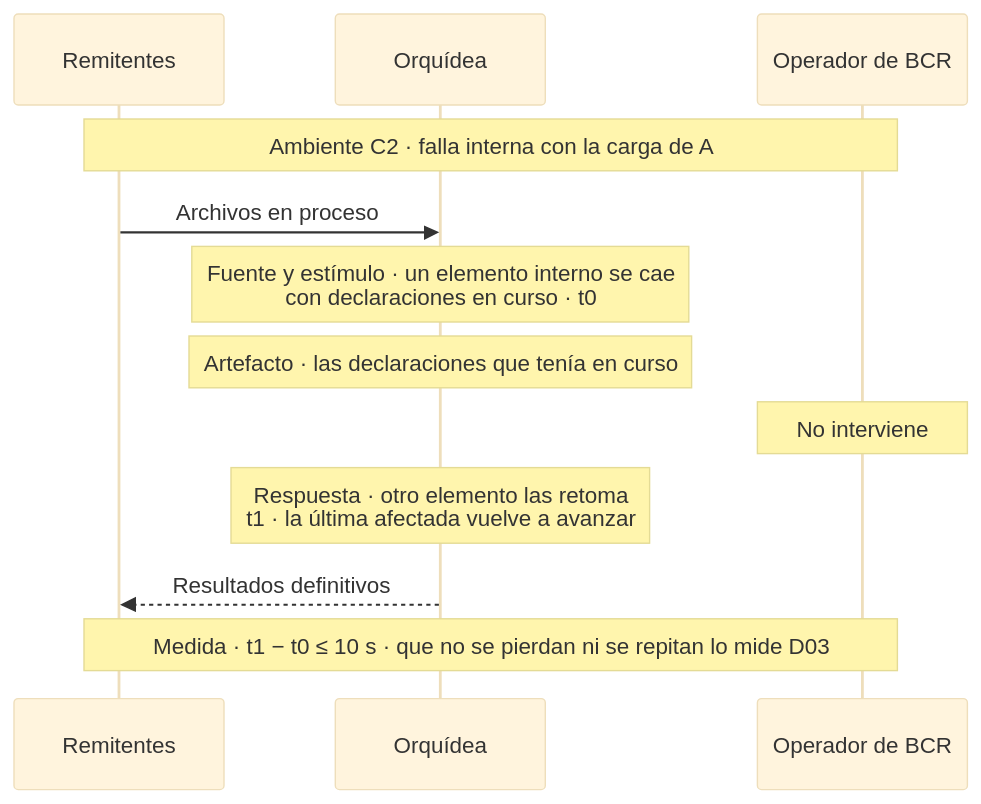
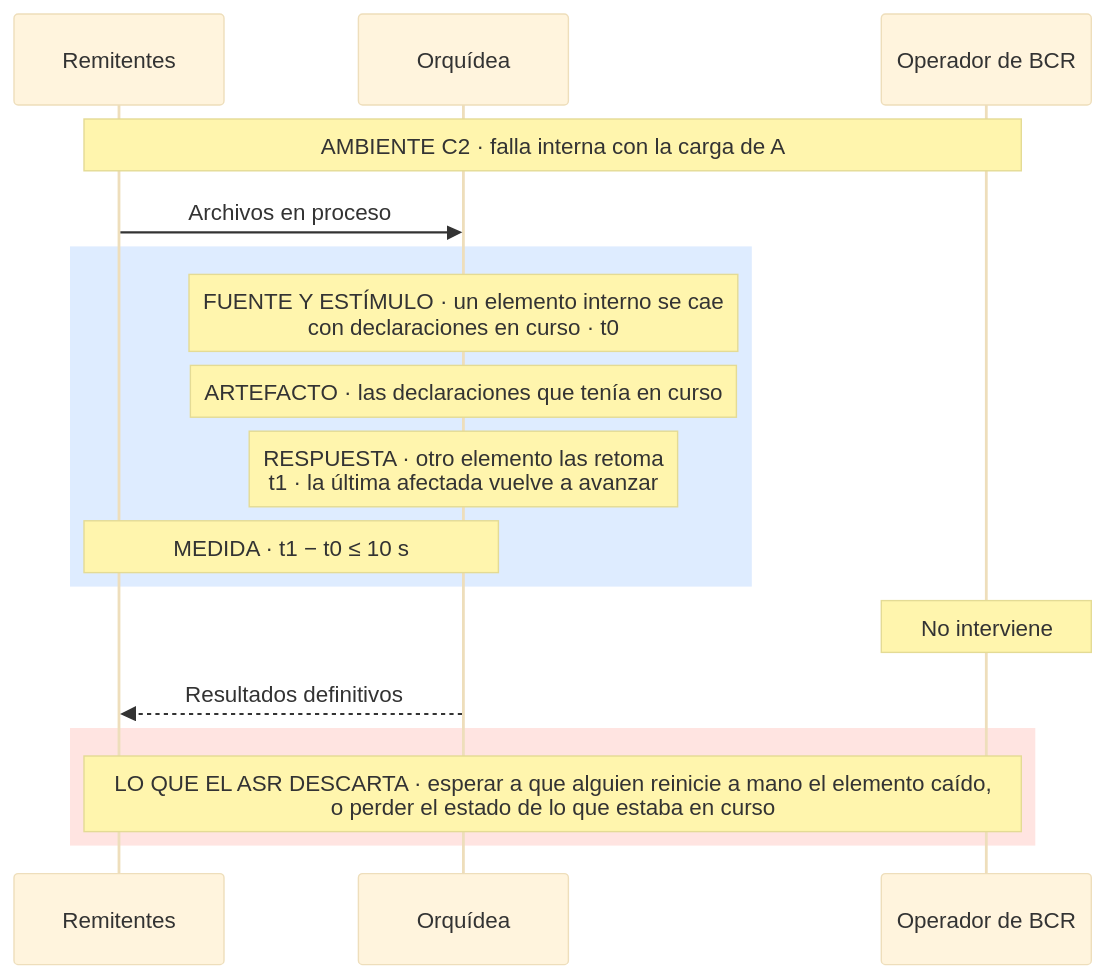
One commit to MATI-MBIT/arqsoft-reto-4 changed diagram 13 of 17 in docs/quality-attributes.md. Above: the diagram before and after it, drawn with Mermaid (base theme). The commit also changed other lines of this file, not shown here.

Commit message:
Rediseña los diagramas de los ASR: banda de lo medido y banda de lo que el ASR descarta

````diff
--- a/docs/quality-attributes.md
+++ b/docs/quality-attributes.md
@@ -509,14 +577,19 @@
 ```mermaid
 sequenceDiagram
     participant R as Remitentes
     participant O as Orquídea
     participant Op as Operador de BCR
-    Note over R,Op: Ambiente C2 · falla interna con la carga de A
+    Note over R,Op: AMBIENTE C2 · falla interna con la carga de A
     R->>O: Archivos en proceso
-    Note over O: Fuente y estímulo · un elemento interno se cae<br/>con declaraciones en curso · t0
-    Note over O: Artefacto · las declaraciones que tenía en curso
+    rect rgb(222, 236, 255)
+    Note over O: FUENTE Y ESTÍMULO · un elemento interno se cae<br/>con declaraciones en curso · t0
+    Note over O: ARTEFACTO · las declaraciones que tenía en curso
+    Note over O: RESPUESTA · otro elemento las retoma<br/>t1 · la última afectada vuelve a avanzar
+    Note over R,O: MEDIDA · t1 − t0 ≤ 10 s
+    end
     Note over Op: No interviene
-    Note over O: Respuesta · otro elemento las retoma<br/>t1 · la última afectada vuelve a avanzar
     O-->>R: Resultados definitivos
-    Note over R,Op: Medida · t1 − t0 ≤ 10 s · que no se pierdan ni se repitan lo mide D03
+    rect rgb(255, 228, 225)
+    Note over R,Op: LO QUE EL ASR DESCARTA · esperar a que alguien reinicie a mano el elemento caído,<br/>o perder el estado de lo que estaba en curso
+    end
 ```
````
